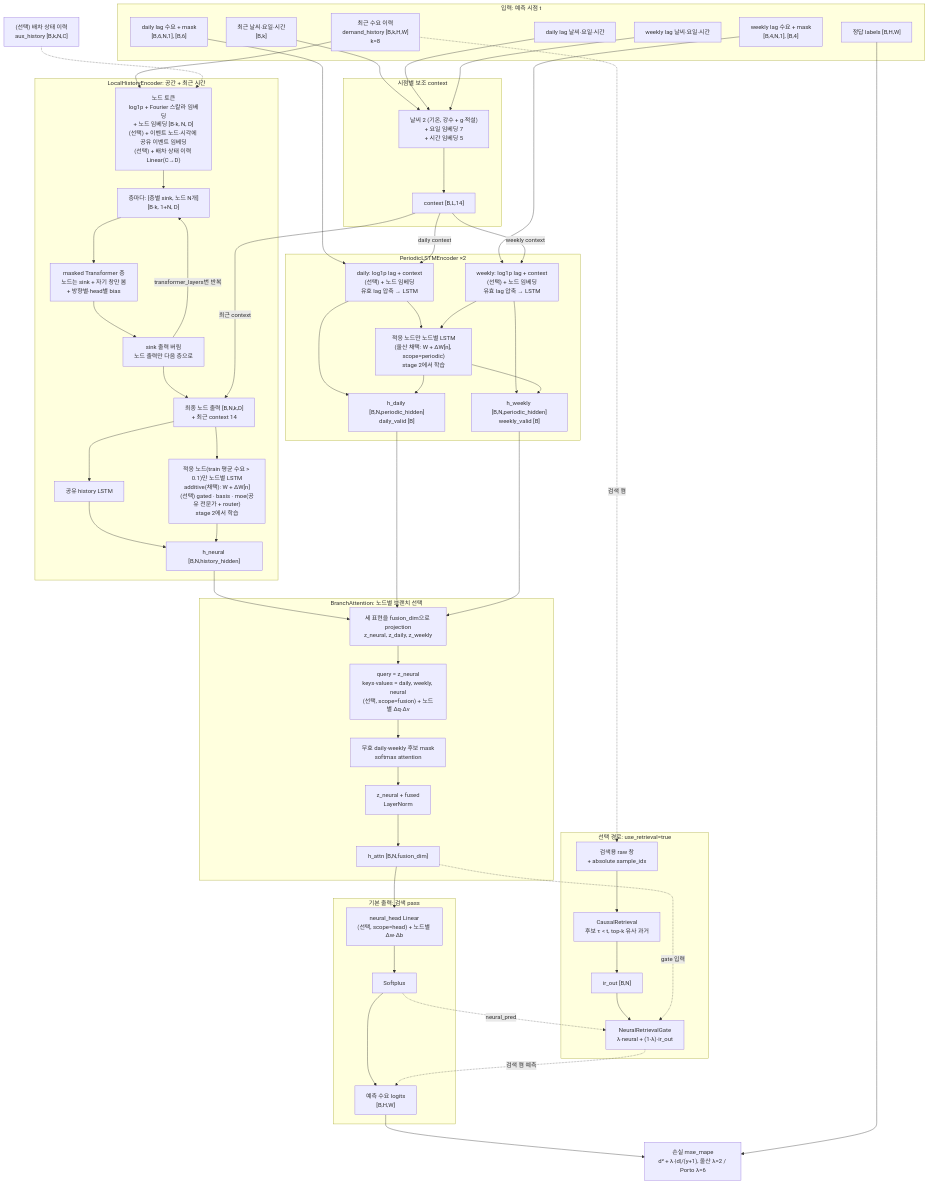
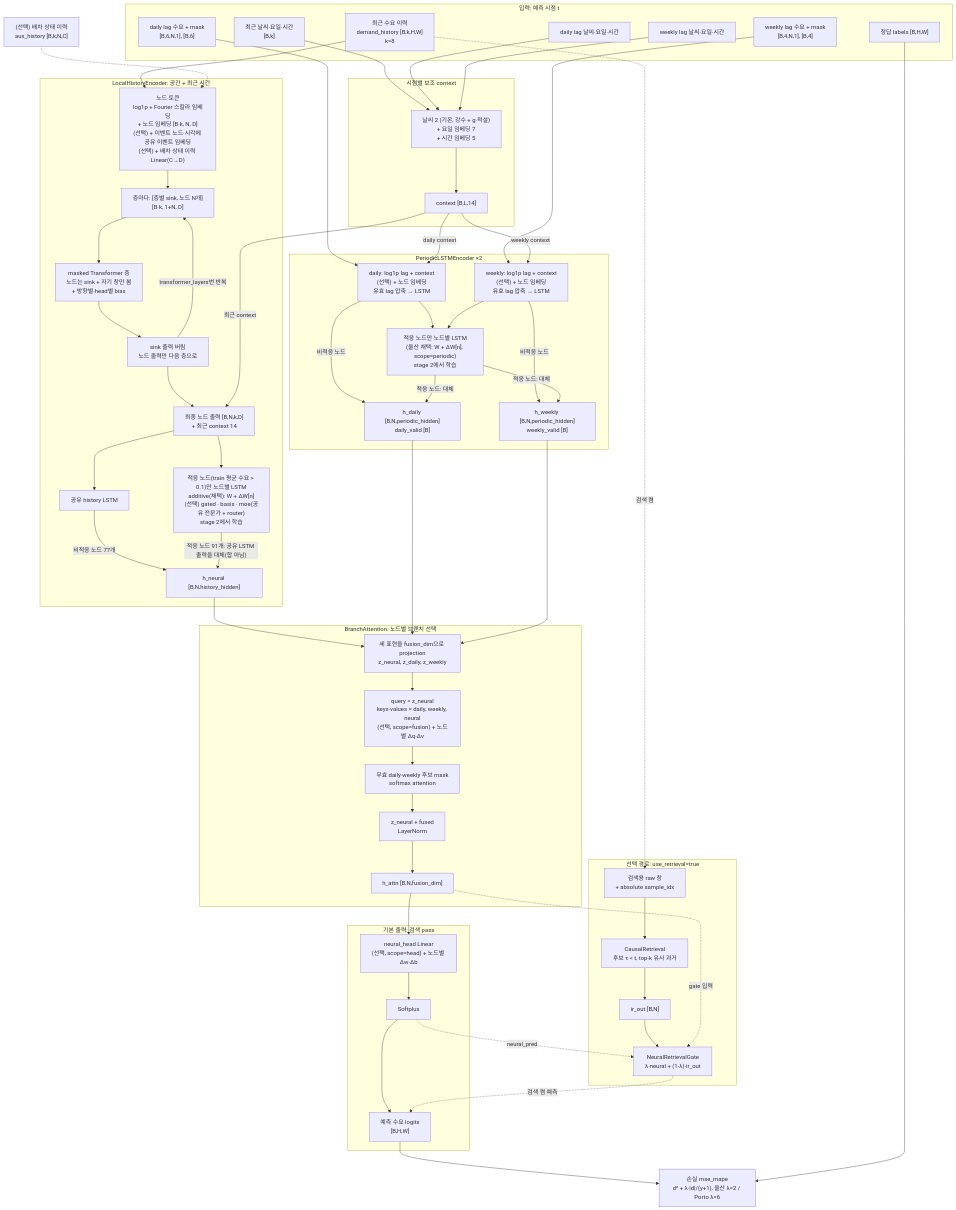
One commit to dev-jake-kim/demandprediction changed the diagram in docs/SPEC.md. Above: the diagram before and after it, drawn with Mermaid.

Commit message:
SPEC §1: node-adaptive LSTM output replaces shared output for adaptive nodes

```diff
--- a/docs/SPEC.md
+++ b/docs/SPEC.md
@@ -60,8 +60,8 @@
         HN["h_neural [B,N,history_hidden]"]
         L1 --> L2 --> L3 --> L4
         L4 -->|"transformer_layers번 반복"| L2
-        L4 --> L5 --> L6 --> HN
-        L5 --> L7 --> HN
+        L4 --> L5 --> L6 -->|"비적응 노드 77개"| HN
+        L5 --> L7 -->|"적응 노드 91개: 공유 LSTM 출력을 대체(합 아님)"| HN
     end
 
     H --> L1
@@ -74,12 +74,12 @@
         P3["적응 노드만 노드별 LSTM<br/>(울산 채택: W + ΔW[n], scope=periodic)<br/>stage 2에서 학습"]
         HD["h_daily [B,N,periodic_hidden]<br/>daily_valid [B]"]
         HW["h_weekly [B,N,periodic_hidden]<br/>weekly_valid [B]"]
-        P1 --> HD
-        P2 --> HW
+        P1 -->|"비적응 노드"| HD
+        P2 -->|"비적응 노드"| HW
         P1 --> P3
         P2 --> P3
-        P3 --> HD
-        P3 --> HW
+        P3 -->|"적응 노드: 대체"| HD
+        P3 -->|"적응 노드: 대체"| HW
     end
 
     D --> P1
```
